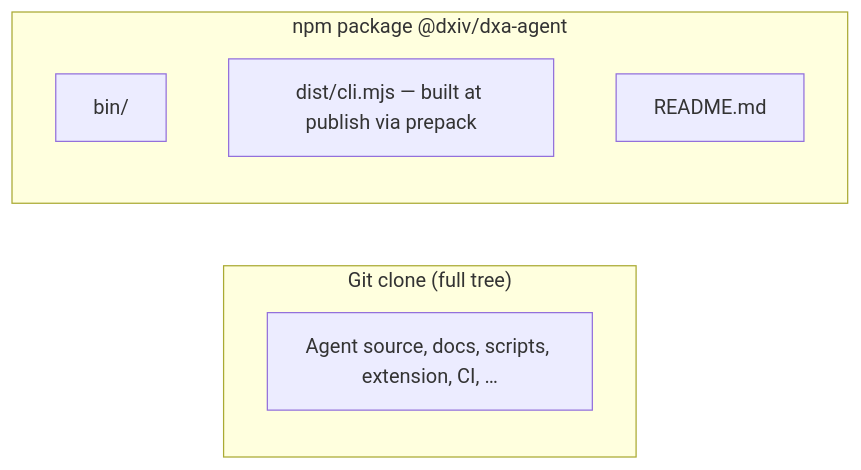
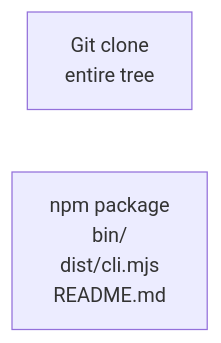
One commit to dxiv/dxa-agent changed the second of 2 diagrams in README.md. Above: the diagram before and after it, drawn with Mermaid. The commit also changed other lines of this file, not shown here.

Commit message:
docs(readme): simpler Mermaid bands, grouped paths, less duplication

````diff
--- a/README.md
+++ b/README.md
@@ -307,14 +280,5 @@
 ```mermaid
 flowchart LR
-  subgraph CLONE["Git clone (full tree)"]
-    direction TB
-    C1["Agent source, docs, scripts, extension, CI, …"]
-  end
-
-  subgraph NPM["npm package @dxiv/dxa-agent"]
-    direction TB
-    N1["bin/"]
-    N2["dist/cli.mjs — built at publish via prepack"]
-    N3["README.md"]
-  end
+  CLONE["Git clone<br/>entire tree"]
+  NPM["npm package<br/>bin/<br/>dist/cli.mjs<br/>README.md"]
 ```
````
